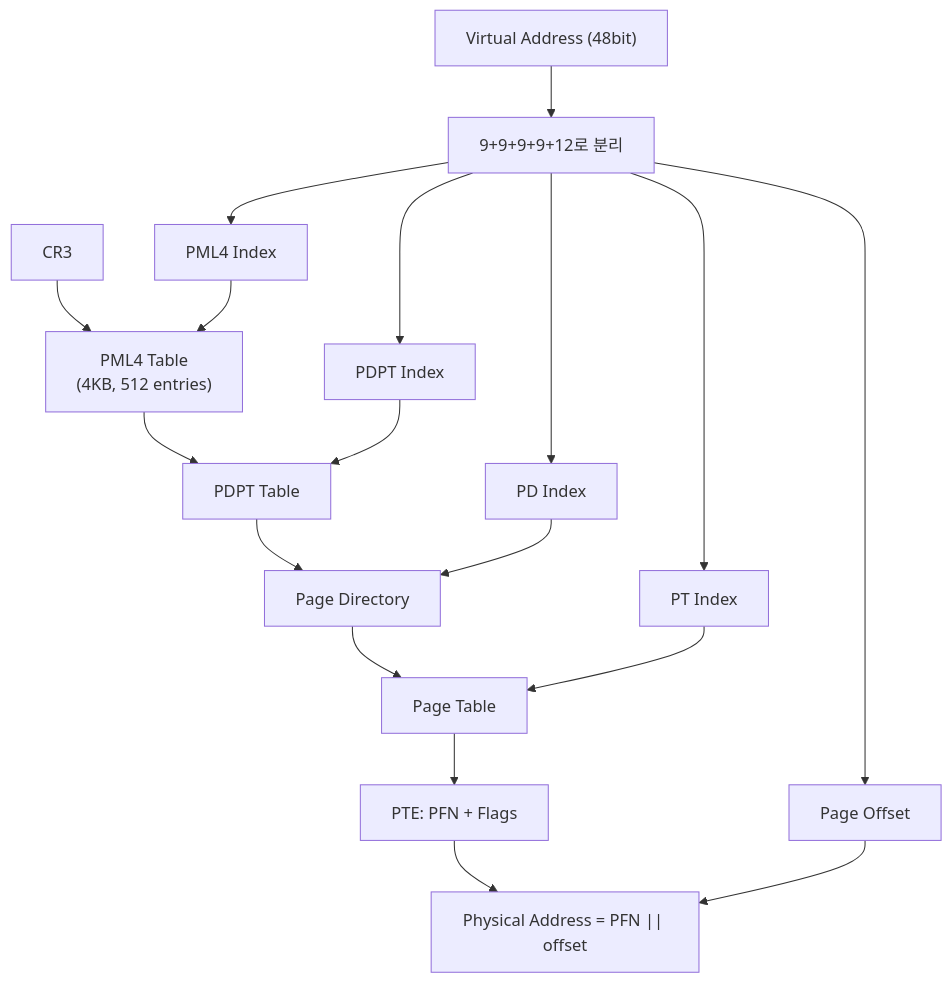
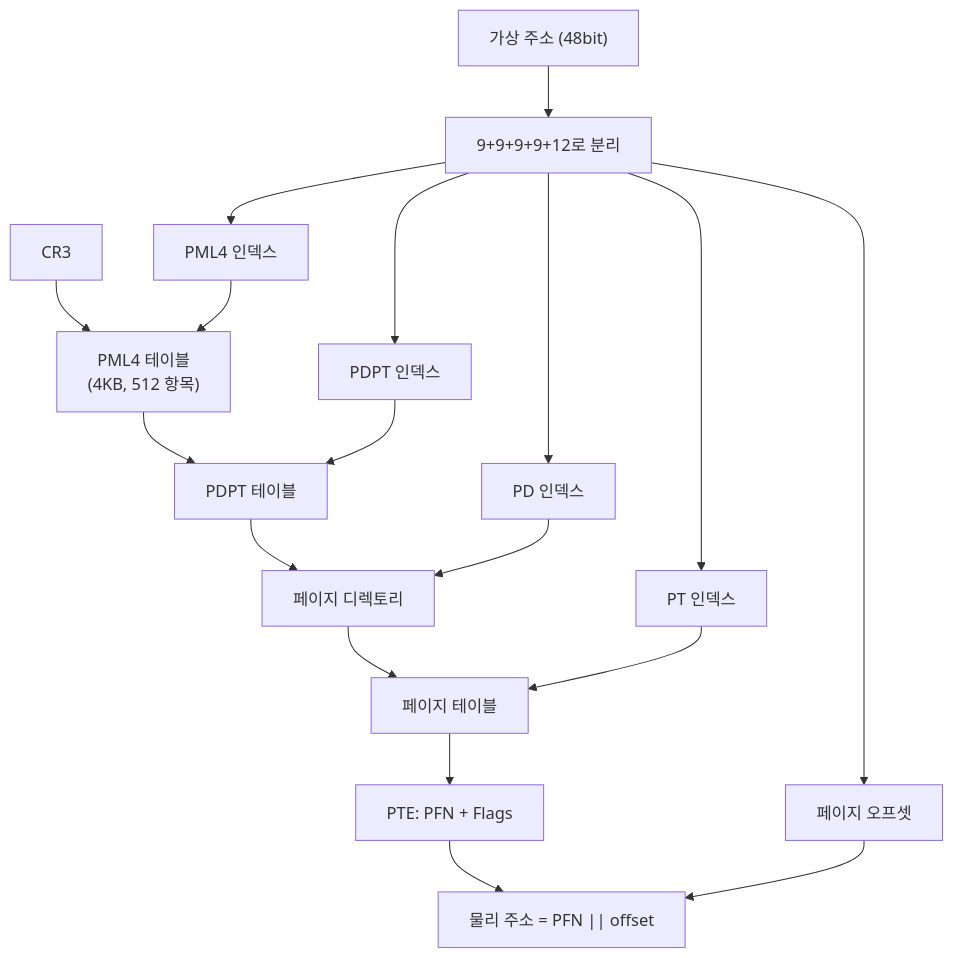
Before and after one commit to Jungle-12-303/wk07_6: the first of 2 diagrams in docs/blog/concepts/05-multi-level-page-table-and-mmu.md, drawn with Mermaid. The commit also changed other lines of this file and 26 other files, not shown here.

First line of the commit message:
docs: 블로그 소제목·Mermaid·ASCII 박스 가독성 정비

````diff
--- a/docs/blog/concepts/05-multi-level-page-table-and-mmu.md
+++ b/docs/blog/concepts/05-multi-level-page-table-and-mmu.md
@@ -25,20 +25,20 @@
 ```mermaid
 flowchart TD
-    VA["Virtual Address (48bit)"] --> S["9+9+9+9+12로 분리"]
-    S --> L4["PML4 Index"]
-    S --> L3["PDPT Index"]
-    S --> L2["PD Index"]
-    S --> L1["PT Index"]
-    S --> OFF["Page Offset"]
-    CR3 --> PML4["PML4 Table<br/>(4KB, 512 entries)"]
+    VA["가상 주소 (48bit)"] --> S["9+9+9+9+12로 분리"]
+    S --> L4["PML4 인덱스"]
+    S --> L3["PDPT 인덱스"]
+    S --> L2["PD 인덱스"]
+    S --> L1["PT 인덱스"]
+    S --> OFF["페이지 오프셋"]
+    CR3 --> PML4["PML4 테이블<br/>(4KB, 512 항목)"]
     L4 --> PML4
-    PML4 --> PDPT["PDPT Table"]
+    PML4 --> PDPT["PDPT 테이블"]
     L3 --> PDPT
-    PDPT --> PD["Page Directory"]
+    PDPT --> PD["페이지 디렉토리"]
     L2 --> PD
-    PD --> PT["Page Table"]
+    PD --> PT["페이지 테이블"]
     L1 --> PT
     PT --> PTE["PTE: PFN + Flags"]
-    PTE --> PA["Physical Address = PFN || offset"]
+    PTE --> PA["물리 주소 = PFN || offset"]
     OFF --> PA
 ```
````
